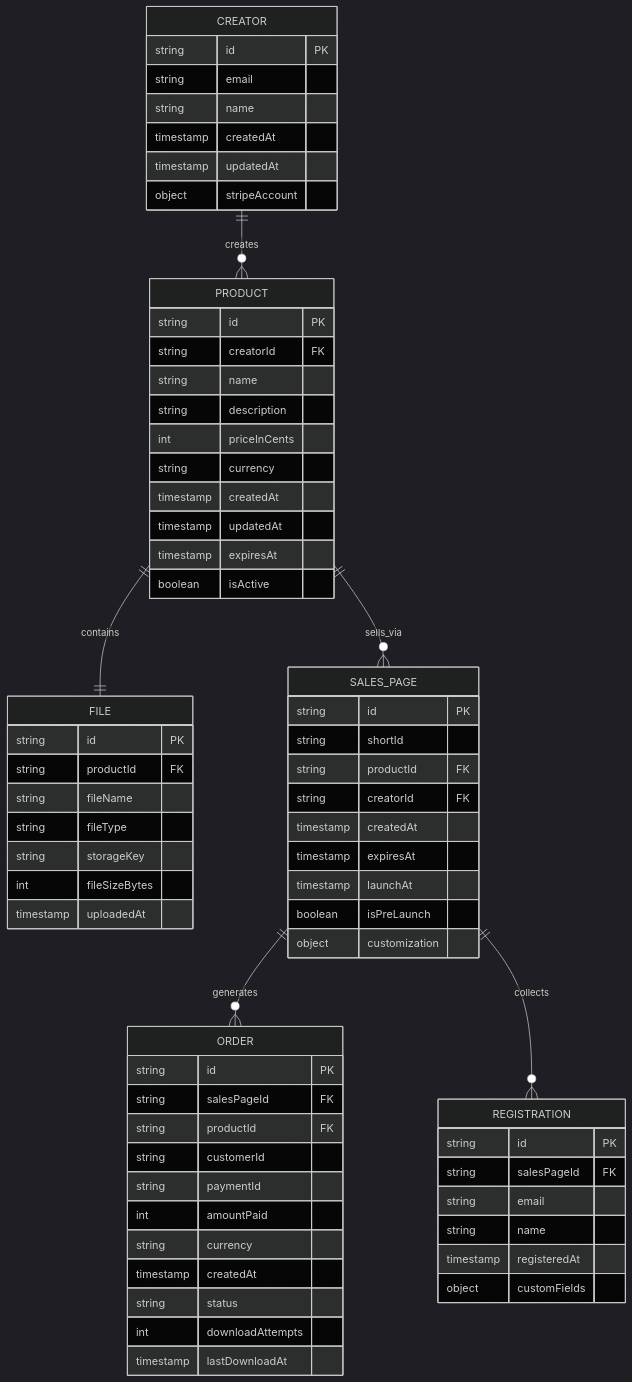
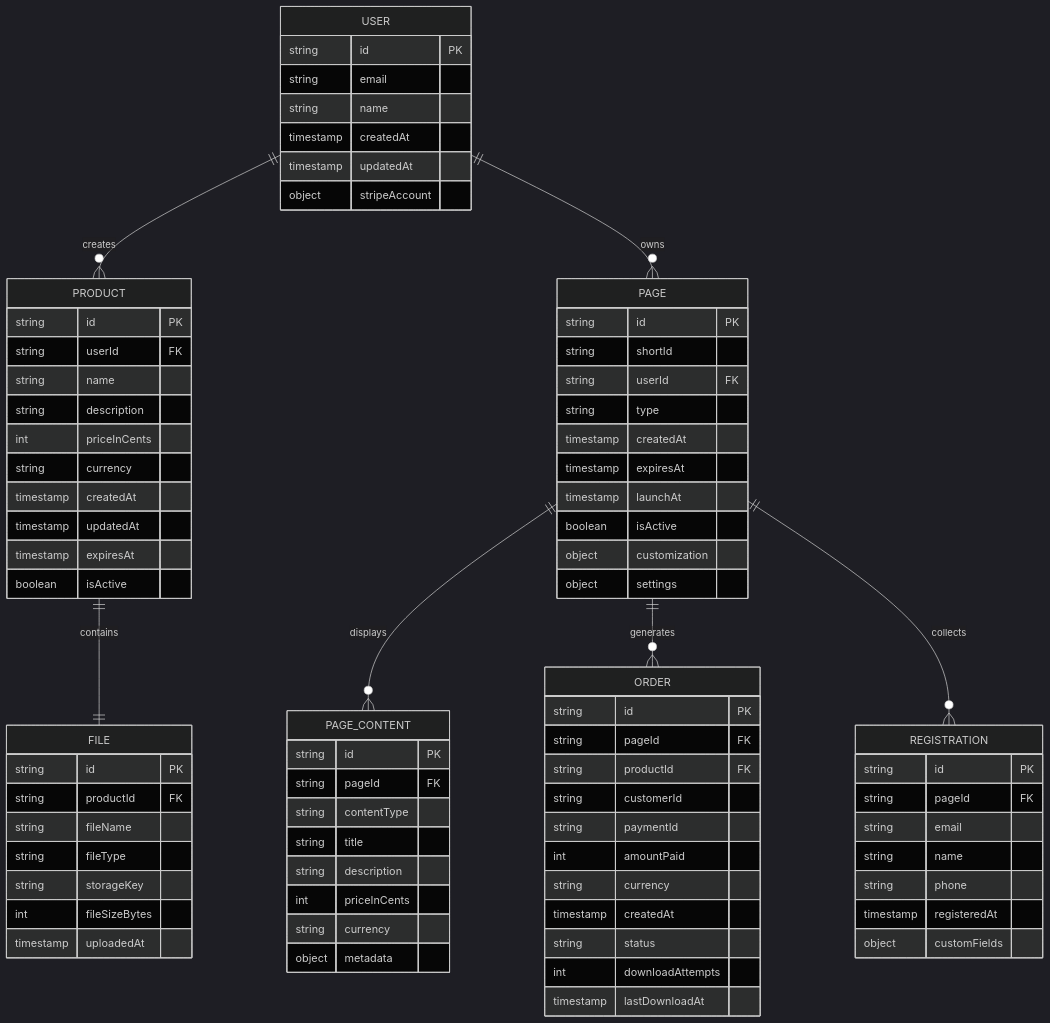
Before and after one commit to hkrickybjjdev/digital-sales-monorepo: the diagram in docs/data-model.md, drawn with Mermaid (dark theme). The commit also changed other lines of this file and 3 other files, not shown here.

Commit message:
Update architecture documentation for Temporary Pages Platform with enhanced page types and lifecycle management details

````diff
--- a/docs/data-model.md
+++ b/docs/data-model.md
@@ -9,6 +9,6 @@
 ```mermaid
 erDiagram
-    CREATOR {
+    USER {
         string id PK
         string email
         string name
@@ -19,7 +19,7 @@
     
     PRODUCT {
         string id PK
-        string creatorId FK
+        string userId FK
         string name
         string description
         int priceInCents
@@ -40,21 +40,33 @@
         timestamp uploadedAt
     }
     
-    SALES_PAGE {
+    PAGE {
         string id PK
         string shortId
-        string productId FK
-        string creatorId FK
+        string userId FK
+        string type
         timestamp createdAt
         timestamp expiresAt
         timestamp launchAt
-        boolean isPreLaunch
+        boolean isActive
         object customization
+        object settings
+    }
+    
+    PAGE_CONTENT {
+        string id PK
+        string pageId FK
+        string contentType
+        string title
+        string description
+        int priceInCents
+        string currency
+        object metadata
     }
     
     ORDER {
         string id PK
-        string salesPageId FK
+        string pageId FK
         string productId FK
         string customerId
         string paymentId
@@ -68,16 +80,18 @@
     
     REGISTRATION {
         string id PK
-        string salesPageId FK
+        string pageId FK
         string email
         string name
+        string phone
         timestamp registeredAt
         object customFields
     }
     
-    CREATOR ||--o{ PRODUCT : creates
+    USER ||--o{ PRODUCT : creates
+    USER ||--o{ PAGE : owns
     PRODUCT ||--|| FILE : contains
-    PRODUCT ||--o{ SALES_PAGE : sells_via
-    SALES_PAGE ||--o{ ORDER : generates
-    SALES_PAGE ||--o{ REGISTRATION : collects
+    PAGE ||--o{ PAGE_CONTENT : displays
+    PAGE ||--o{ ORDER : generates
+    PAGE ||--o{ REGISTRATION : collects
 ```
````
